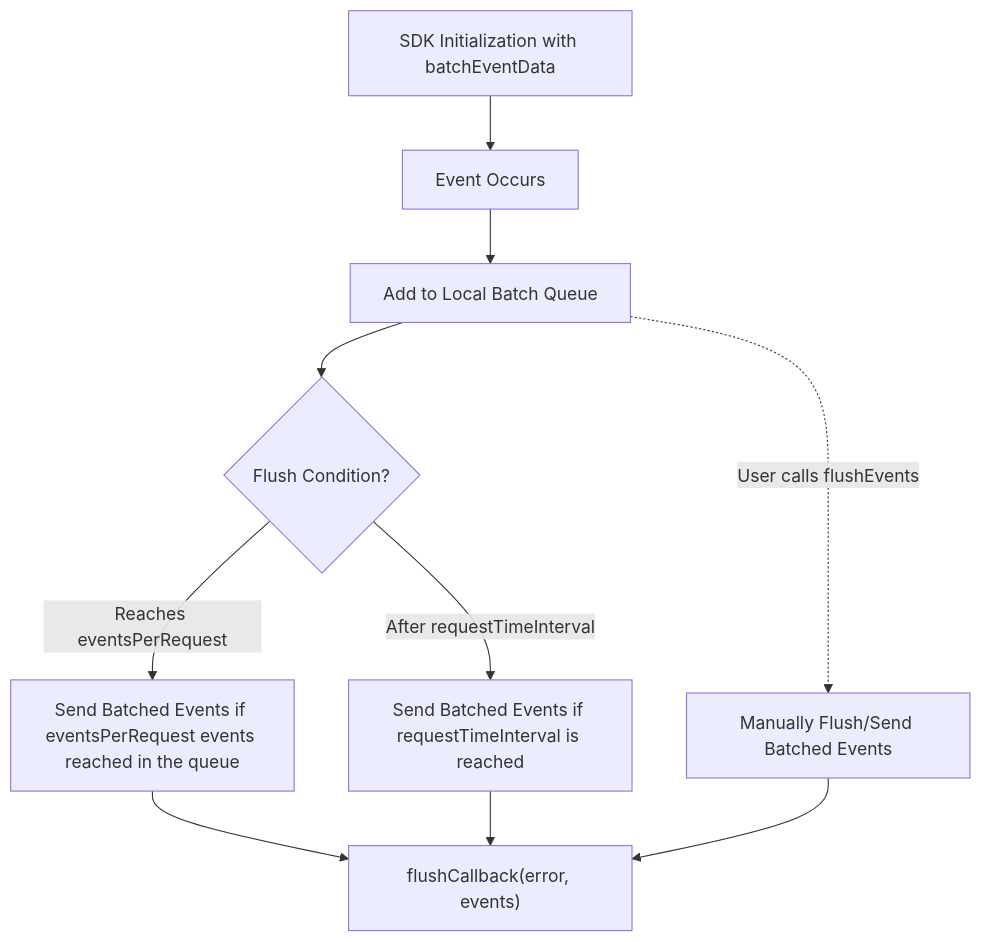
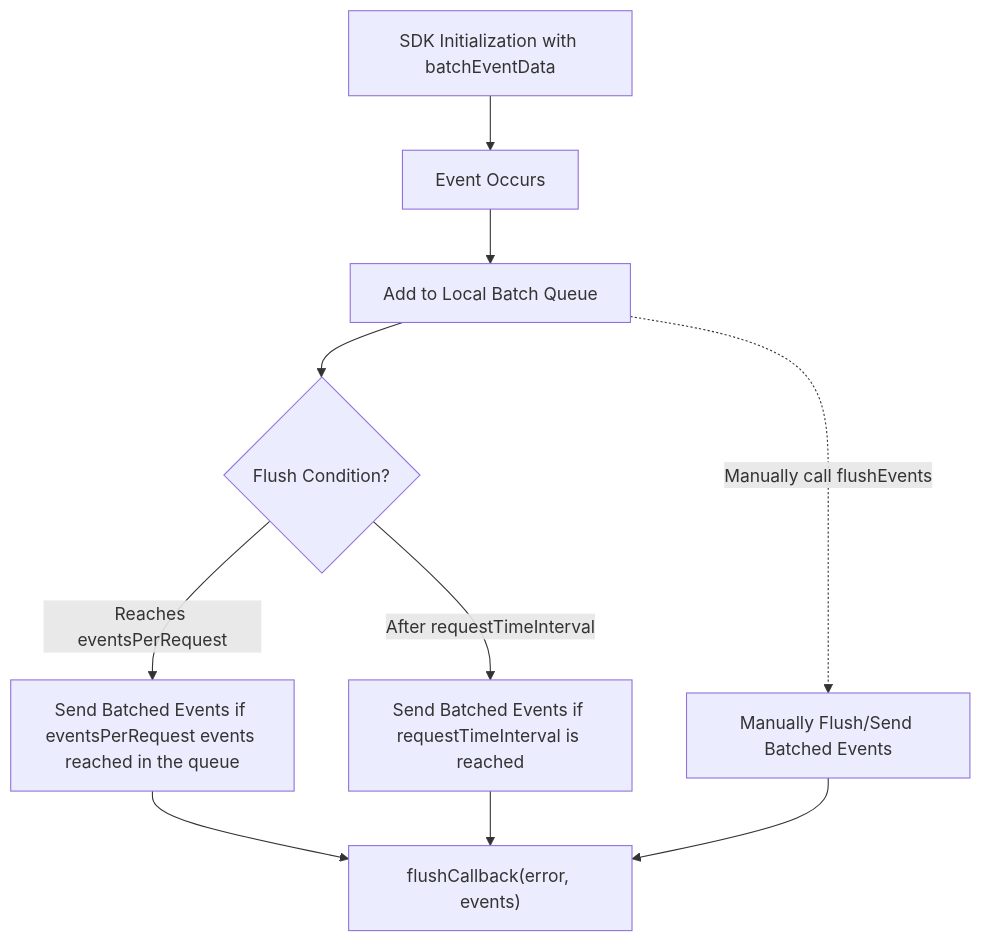
Before and after one commit to wingify/readme-central: the diagram in docs/Concepts/wip-rd-event-batching-copy.md, drawn with Mermaid.

Commit message:
Update doc `wip-rd-event-batching-copy`

````diff
--- a/docs/Concepts/wip-rd-event-batching-copy.md
+++ b/docs/Concepts/wip-rd-event-batching-copy.md
@@ -159,26 +159,26 @@
 ```mermaid
 flowchart TD
     A["SDK Initialization with batchEventData"] --> B["Event Occurs"]
     B --> C["Add to Local Batch Queue"]
 
     %% Automatic Flushing triggers
     C --> D1{"Flush Condition?"}
     D1 -->|"Reaches eventsPerRequest"| E1["Send Batched Events if eventsPerRequest events reached in the queue"]
     D1 -->|"After requestTimeInterval"| E2["Send Batched Events if requestTimeInterval is reached"]
 
     %% Manual Flush
-    C -.->|"User calls flushEvents"| E3["Manually Flush/Send Batched Events"]
+    C -.->|"Manually call flushEvents"| E3["Manually Flush/Send Batched Events"]
 
     %% All flushes trigger callback
     E1 --> X["flushCallback(error, events)"]
     E2 --> X
     E3 --> X
 
     %% Assign classes
     class A,B,C,D1,E1,E2,E3 step;
     class X callback;
 
 		%% Define styles
     classDef check fill:#bbf,stroke:#333,stroke-width:1px,color:#000
 
 ```
````
